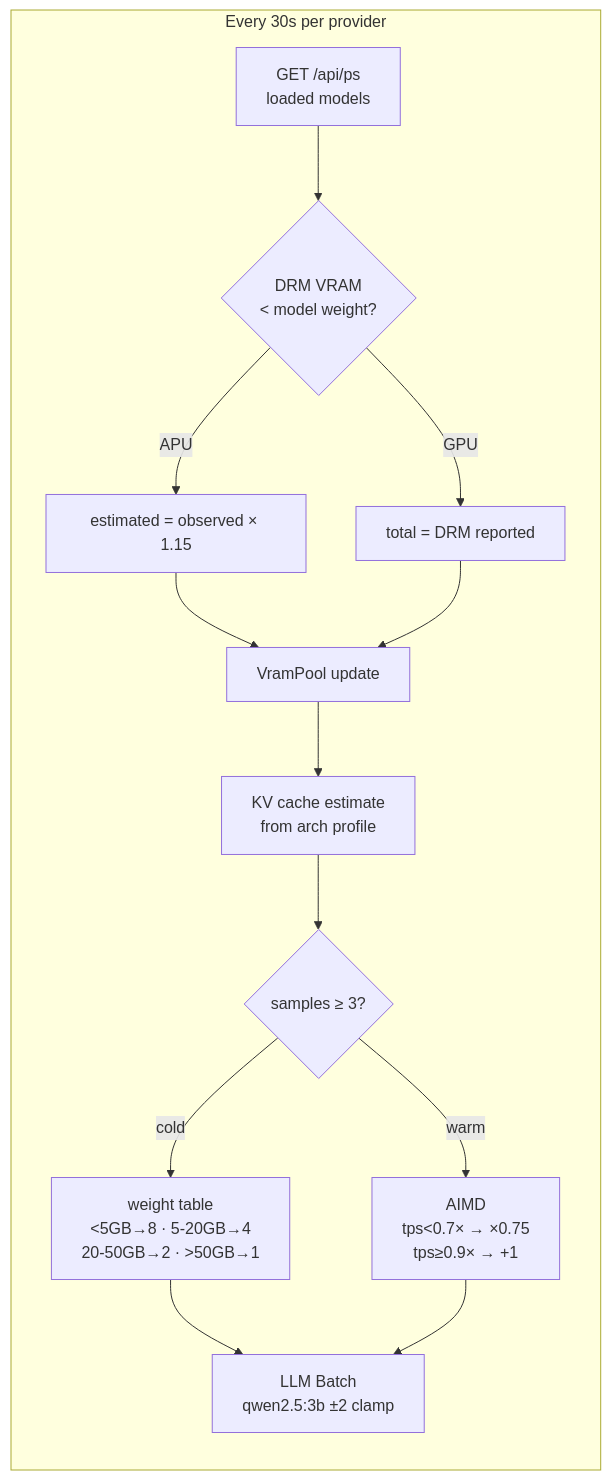
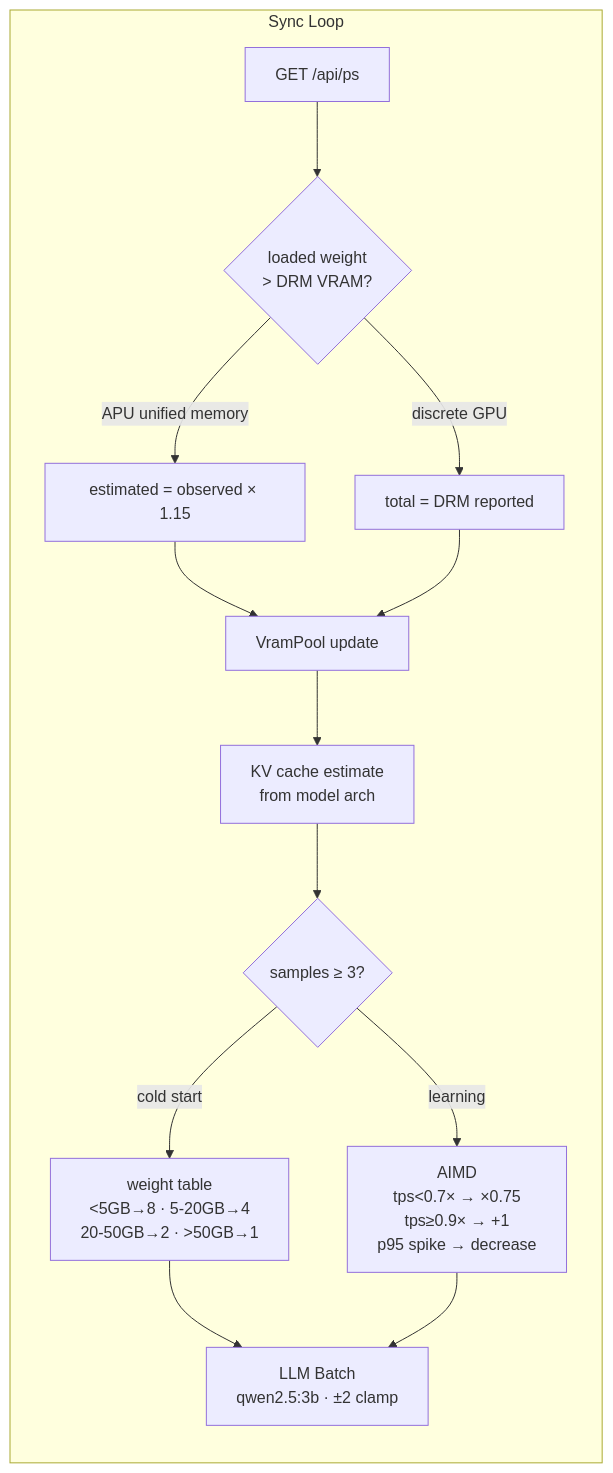
The second of 2 diagrams in README.md (beegy-labs/veronex), drawn with Mermaid before and after one commit. The commit also changed other lines of this file, not shown here.

Commit message:
docs(readme): fix request flow, merge api usage, drop hardware note

````diff
--- a/README.md
+++ b/README.md
@@ -86,14 +76,14 @@
 ```mermaid
 flowchart LR
-    subgraph SYNC["Every 30s per provider"]
-        PS[GET /api/ps\nloaded models] --> VRAM{DRM VRAM\n< model weight?}
-        VRAM -->|APU| EST[estimated = observed × 1.15]
-        VRAM -->|GPU| DRM[total = DRM reported]
+    subgraph SYNC["Sync Loop"]
+        PS[GET /api/ps] --> VRAM{loaded weight\n> DRM VRAM?}
+        VRAM -->|APU unified memory| EST[estimated = observed × 1.15]
+        VRAM -->|discrete GPU| DRM[total = DRM reported]
         EST & DRM --> POOL[VramPool update]
-        POOL --> KV[KV cache estimate\nfrom arch profile]
-        KV --> AI{samples ≥ 3?}
-        AI -->|cold| INIT[weight table\n<5GB→8 · 5-20GB→4\n20-50GB→2 · >50GB→1]
-        AI -->|warm| AIMD[AIMD\ntps<0.7× → ×0.75\ntps≥0.9× → +1]
-        INIT & AIMD --> LLM[LLM Batch\nqwen2.5:3b ±2 clamp]
+        POOL --> KV[KV cache estimate\nfrom model arch]
+        KV --> PHASE{samples ≥ 3?}
+        PHASE -->|cold start| INIT[weight table\n<5GB→8 · 5-20GB→4\n20-50GB→2 · >50GB→1]
+        PHASE -->|learning| AIMD[AIMD\ntps<0.7× → ×0.75\ntps≥0.9× → +1\np95 spike → decrease]
+        INIT & AIMD --> LLM[LLM Batch\nqwen2.5:3b · ±2 clamp]
     end
 ```
````
